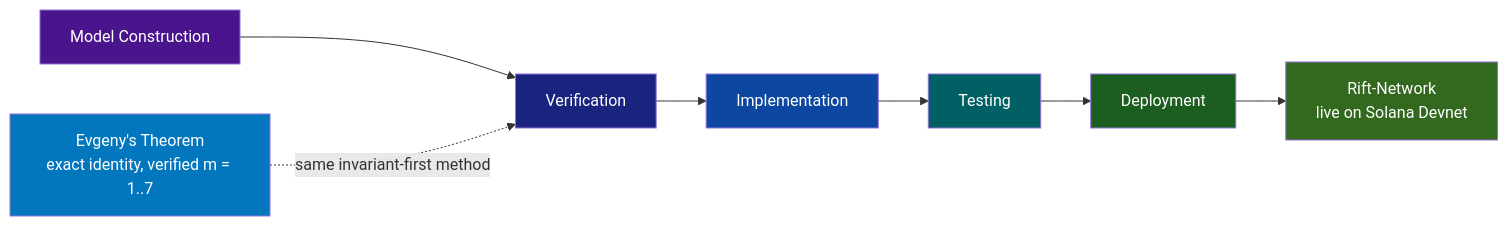
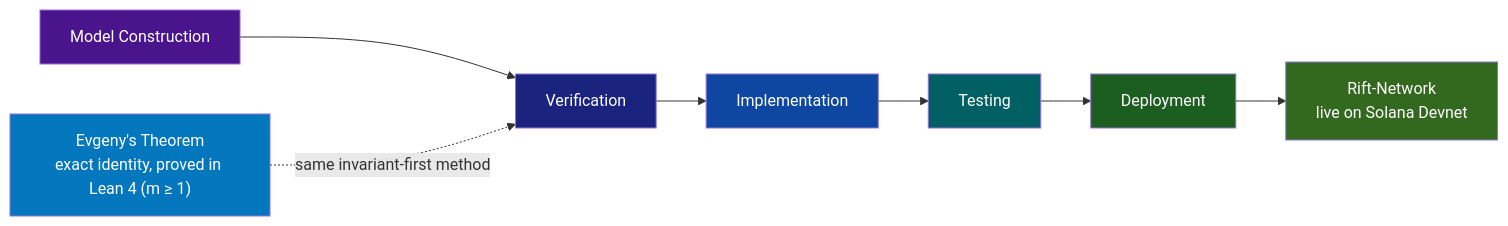
Before and after one commit to RFT-SIRM/UltraCore-RFT: the first of 2 diagrams in ARCHITECT.md, drawn with Mermaid. The commit also changed other lines of this file and 5 other files, not shown here.

Commit message:
Record the Lean 4 proof of Evgeny's Theorem (all m >= 1) across README, AI_GUIDE, PITCH, ARCHITECT, SCIENTIFIC_BASIS, foundations

````diff
--- a/ARCHITECT.md
+++ b/ARCHITECT.md
@@ -45,18 +45,18 @@
 ```mermaid
 flowchart LR
     M["Model Construction"] --> V["Verification"]
     V --> I["Implementation"]
     I --> T["Testing"]
     T --> D["Deployment"]
-    ET["Evgeny's Theorem<br/>exact identity, verified m = 1..7"]
+    ET["Evgeny's Theorem<br/>exact identity, proved in Lean 4 (m ≥ 1)"]
     DEV["Rift-Network<br/>live on Solana Devnet"]
     ET -.->|"same invariant-first method"| V
     D --> DEV
     style M fill:#4a148c,color:#fff
     style V fill:#1a237e,color:#fff
     style I fill:#0d47a1,color:#fff
     style T fill:#006064,color:#fff
     style D fill:#1b5e20,color:#fff
     style ET fill:#0277bd,color:#fff
     style DEV fill:#33691e,color:#fff
 ```
````
